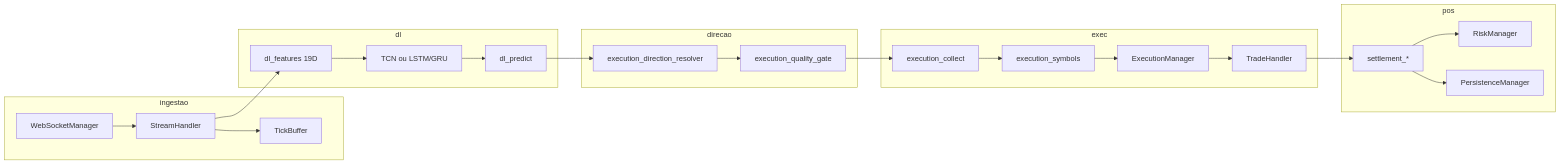
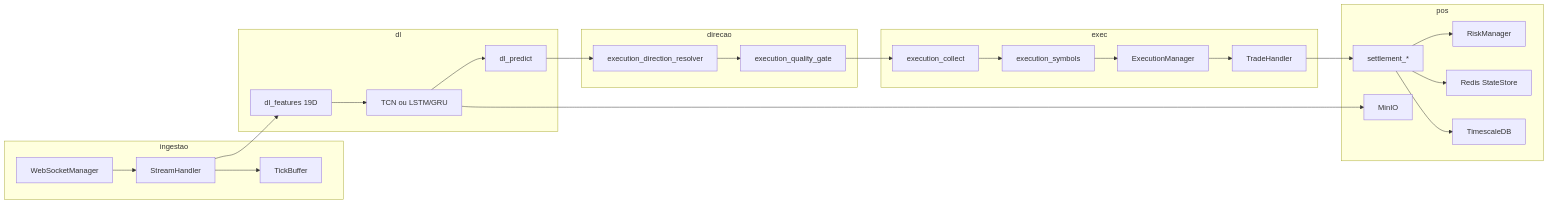
The diagram in docs/arquitetura.md (victorh-silveira/aether-quantum-engine), drawn with Mermaid before and after one commit. The commit also changed other lines of this file and 78 other files, not shown here.

````diff
--- a/docs/arquitetura.md
+++ b/docs/arquitetura.md
@@ -27,33 +27,37 @@
 ```mermaid
 flowchart LR
   subgraph ingestao
     WS[WebSocketManager]
     SH[StreamHandler]
     TB[TickBuffer]
   end
   subgraph dl
     FEAT[dl_features 19D]
     MODEL[TCN ou LSTM/GRU]
     PRED[dl_predict]
   end
   subgraph direcao
     RES[execution_direction_resolver]
     QG[execution_quality_gate]
   end
   subgraph exec
     COL[execution_collect]
     SEL[execution_symbols]
     EM[ExecutionManager]
     TH[TradeHandler]
   end
   subgraph pos
     ST[settlement_*]
     RM[RiskManager]
-    PM[PersistenceManager]
+    PM[Redis StateStore]
+    TS[TimescaleDB]
+    MO[MinIO]
   end
   WS --> SH
   SH --> TB
   SH --> FEAT --> MODEL --> PRED --> RES --> QG --> COL --> SEL --> EM --> TH
   TH --> ST --> RM
   ST --> PM
+  ST --> TS
+  MODEL --> MO
 ```
````
